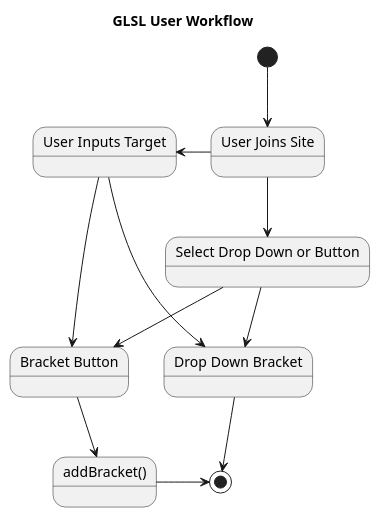
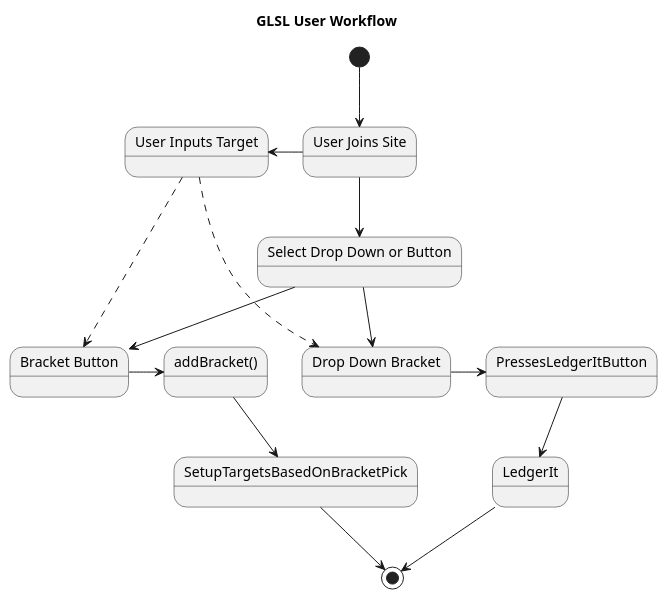
Before and after one commit to ActuallyFro/Grevnyrch: the diagram in 02_GLSL/01_Design-Docs/UX-Workflow.adoc, drawn with PlantUML.

Commit message:
{02_GLSL/01_Design-Docs} even more state specification

```diff
--- a/02_GLSL/01_Design-Docs/UX-Workflow.adoc
+++ b/02_GLSL/01_Design-Docs/UX-Workflow.adoc
@@ -8,37 +8,42 @@
 [plantuml, target=diagram-classes, format=png]
 ....
 @startuml
 Title GLSL User Workflow
 State "User Joins Site" as  UserJoins
 State "Select Drop Down or Button" as SelectDropDownOrButton
 State "Bracket Button" as BracketButton
 State "Drop Down Bracket" as DropDownBracket 
 State "addBracket()" as addBracket
 
 State "User Inputs Target" as TargetIsInputted
 
 [*] -down-> UserJoins
 
 ' note left of UserJoins : Single line note
 ' note right of SelectDropDownOrButton
 '    Notes can also 
 '    take up multiple
 '    lines like this
 'end note
 
 'UserJoins -right-> SelectDropDownOrButton
 UserJoins -down-> SelectDropDownOrButton
 UserJoins -left-> TargetIsInputted
 SelectDropDownOrButton -down-> DropDownBracket
 SelectDropDownOrButton -down-> BracketButton
 BracketButton -> addBracket
 ' DropDownBracket -left-> Sleeping
-'addBracket -up-> SelectDropDownOrButton
 
-TargetIsInputted -> BracketButton
-TargetIsInputted -> DropDownBracket
+TargetIsInputted -[dashed]> BracketButton
+TargetIsInputted -[dashed]> DropDownBracket
 
-DropDownBracket -down-> [*]
-addBracket -down> [*]
+DropDownBracket -> PressesLedgerItButton
+
+PressesLedgerItButton -down-> LedgerIt
+
+LedgerIt -down-> [*]
+
+addBracket -> SetupTargetsBasedOnBracketPick
+SetupTargetsBasedOnBracketPick -down> [*]
 @enduml
 ....
```
